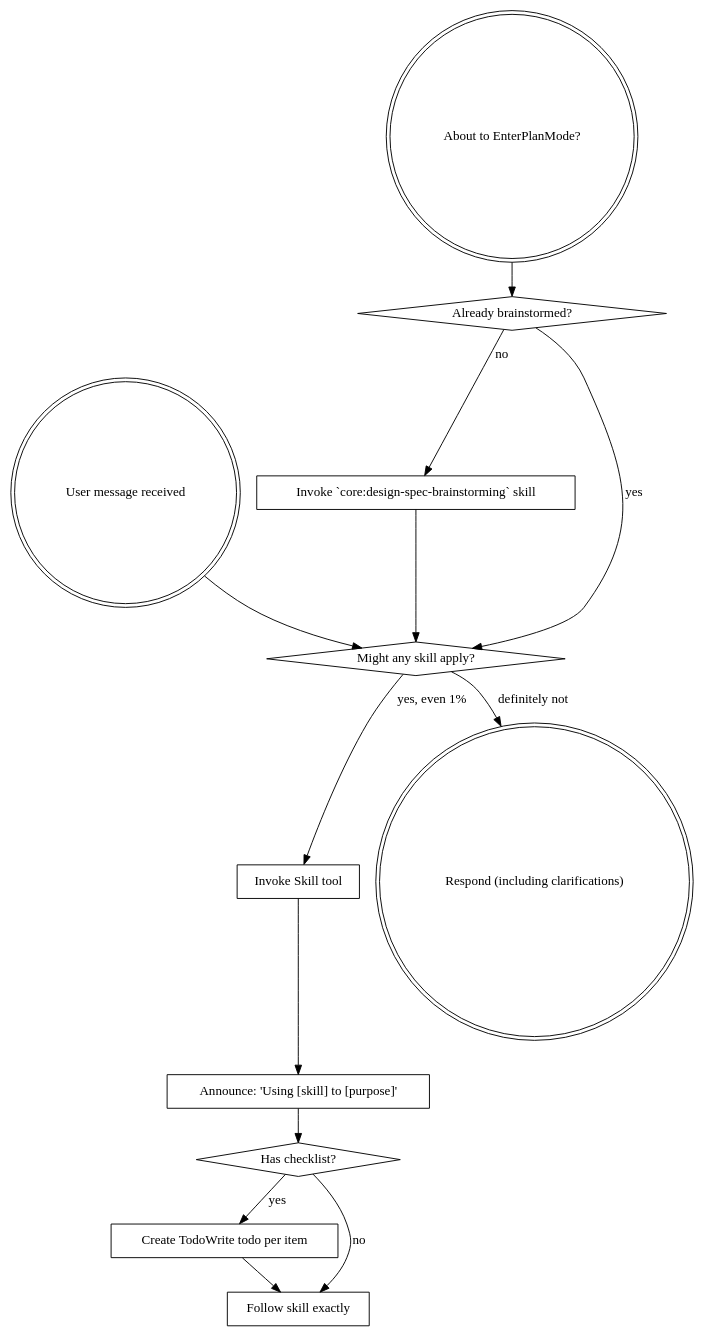
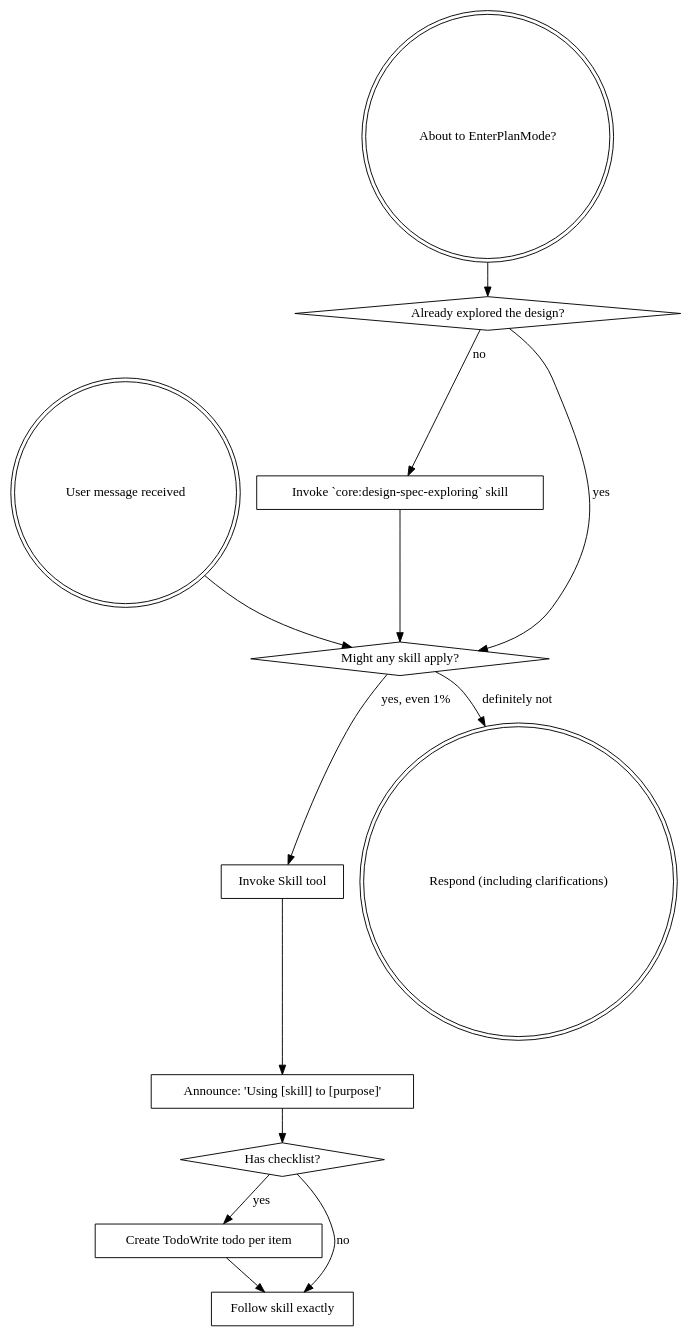
Before and after one commit to vivshaw/loam: the diagram in plugins/core/skills/using-loam/SKILL.md, drawn with Graphviz. The commit also changed other lines of this file and 8 other files, not shown here.

First line of the commit message:
refactor(core): rewrite design specs as prioritized PRDs

````diff
--- a/plugins/core/skills/using-loam/SKILL.md
+++ b/plugins/core/skills/using-loam/SKILL.md
@@ -25,29 +25,29 @@
 ```dot
 digraph skill_flow {
     "User message received" [shape=doublecircle];
     "About to EnterPlanMode?" [shape=doublecircle];
-    "Already brainstormed?" [shape=diamond];
-    "Invoke `core:design-spec-brainstorming` skill" [shape=box];
+    "Already explored the design?" [shape=diamond];
+    "Invoke `core:design-spec-exploring` skill" [shape=box];
     "Might any skill apply?" [shape=diamond];
     "Invoke Skill tool" [shape=box];
     "Announce: 'Using [skill] to [purpose]'" [shape=box];
     "Has checklist?" [shape=diamond];
     "Create TodoWrite todo per item" [shape=box];
     "Follow skill exactly" [shape=box];
     "Respond (including clarifications)" [shape=doublecircle];
 
-    "About to EnterPlanMode?" -> "Already brainstormed?";
-    "Already brainstormed?" -> "Invoke `core:design-spec-brainstorming` skill" [label="no"];
-    "Already brainstormed?" -> "Might any skill apply?" [label="yes"];
-    "Invoke `core:design-spec-brainstorming` skill" -> "Might any skill apply?";
+    "About to EnterPlanMode?" -> "Already explored the design?";
+    "Already explored the design?" -> "Invoke `core:design-spec-exploring` skill" [label="no"];
+    "Already explored the design?" -> "Might any skill apply?" [label="yes"];
+    "Invoke `core:design-spec-exploring` skill" -> "Might any skill apply?";
 
     "User message received" -> "Might any skill apply?";
     "Might any skill apply?" -> "Invoke Skill tool" [label="yes, even 1%"];
     "Might any skill apply?" -> "Respond (including clarifications)" [label="definitely not"];
     "Invoke Skill tool" -> "Announce: 'Using [skill] to [purpose]'";
     "Announce: 'Using [skill] to [purpose]'" -> "Has checklist?";
     "Has checklist?" -> "Create TodoWrite todo per item" [label="yes"];
     "Has checklist?" -> "Follow skill exactly" [label="no"];
     "Create TodoWrite todo per item" -> "Follow skill exactly";
 }
 ```
````
